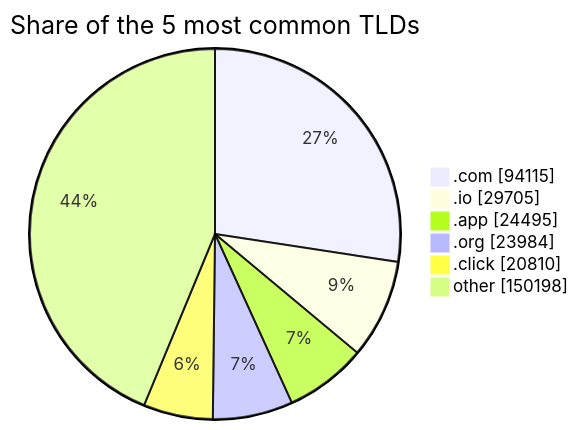
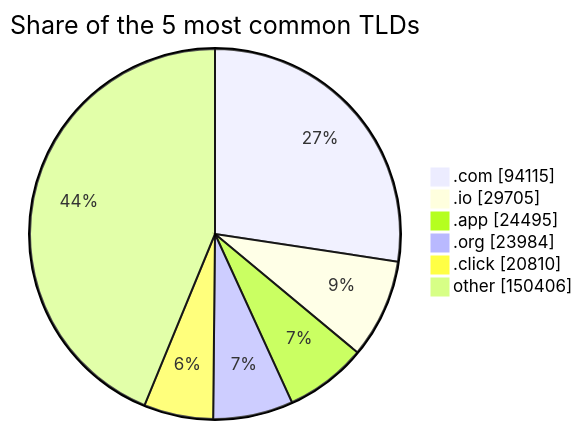
The third of 3 diagrams in README.md (DNSBunker/CTI), drawn with Mermaid before and after one commit. The commit also changed other lines of this file and 3 other files, not shown here.

````diff
--- a/README.md
+++ b/README.md
@@ -81,9 +81,9 @@
 ```mermaid
 pie showData title Share of the 5 most common TLDs
     ".com" : 94115
     ".io" : 29705
     ".app" : 24495
     ".org" : 23984
     ".click" : 20810
-    "other" : 150198
+    "other" : 150406
 ```
````
